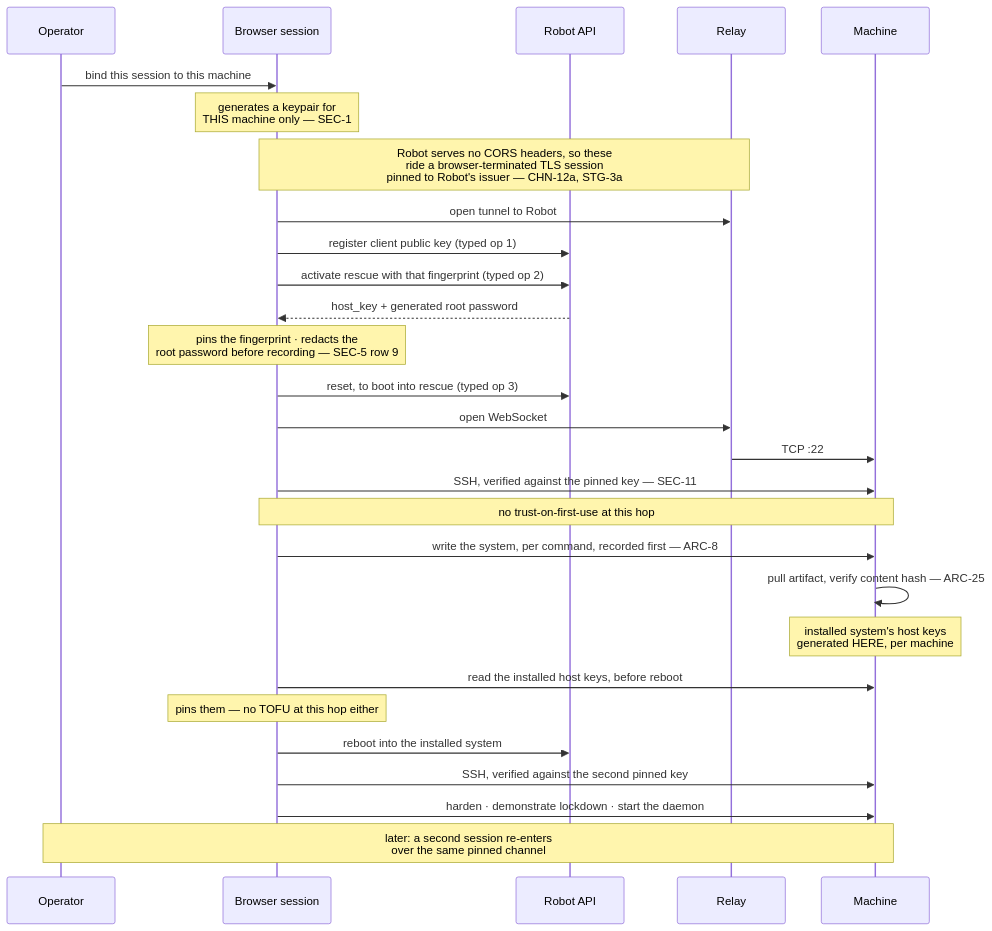
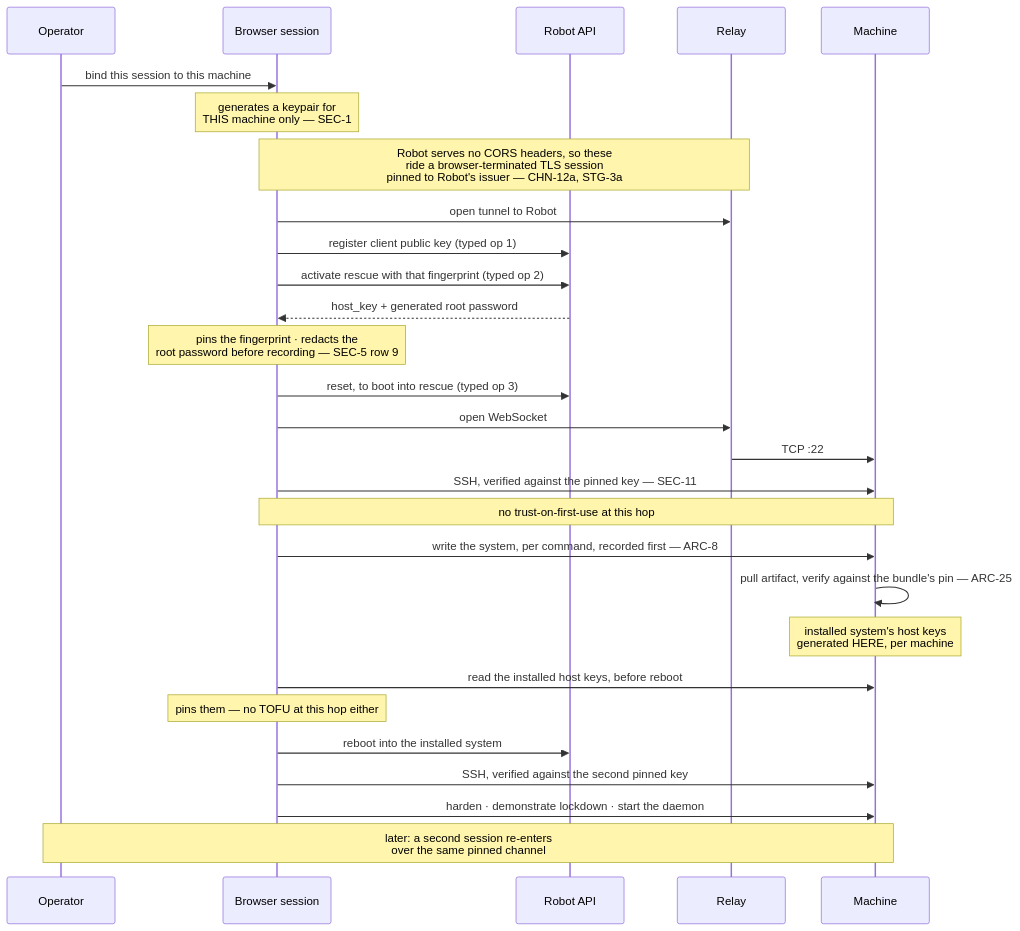
Before and after one commit to douglaz/tau-web-spec: the diagram in 06-first-stage.md, drawn with Mermaid. The commit also changed other lines of this file and 6 other files, not shown here.

First line of the commit message:
docs: the artifact pin's origin, and the party the second distribution adds

````diff
--- a/06-first-stage.md
+++ b/06-first-stage.md
@@ -48,31 +48,31 @@
 ```mermaid
 sequenceDiagram
     participant OP as Operator
     participant B as Browser session
     participant RB as Robot API
     participant RL as Relay
     participant M as Machine
 
     OP->>B: bind this session to this machine
     Note over B: generates a keypair for<br/>THIS machine only — SEC-1
     Note over B,RL: Robot serves no CORS headers, so these<br/>ride a browser-terminated TLS session<br/>pinned to Robot's issuer — CHN-12a, STG-3a
     B->>RL: open tunnel to Robot
     B->>RB: register client public key (typed op 1)
     B->>RB: activate rescue with that fingerprint (typed op 2)
     RB-->>B: host_key + generated root password
     Note over B: pins the fingerprint · redacts the<br/>root password before recording — SEC-5 row 9
     B->>RB: reset, to boot into rescue (typed op 3)
     B->>RL: open WebSocket
     RL->>M: TCP :22
     B->>M: SSH, verified against the pinned key — SEC-11
     Note over B,M: no trust-on-first-use at this hop
     B->>M: write the system, per command, recorded first — ARC-8
-    M->>M: pull artifact, verify content hash — ARC-25
+    M->>M: pull artifact, verify against the bundle's pin — ARC-25
     Note over M: installed system's host keys<br/>generated HERE, per machine
     B->>M: read the installed host keys, before reboot
     Note over B: pins them — no TOFU at this hop either
     B->>RB: reboot into the installed system
     B->>M: SSH, verified against the second pinned key
     B->>M: harden · demonstrate lockdown · start the daemon
     Note over OP,M: later: a second session re-enters<br/>over the same pinned channel
 ```
````
